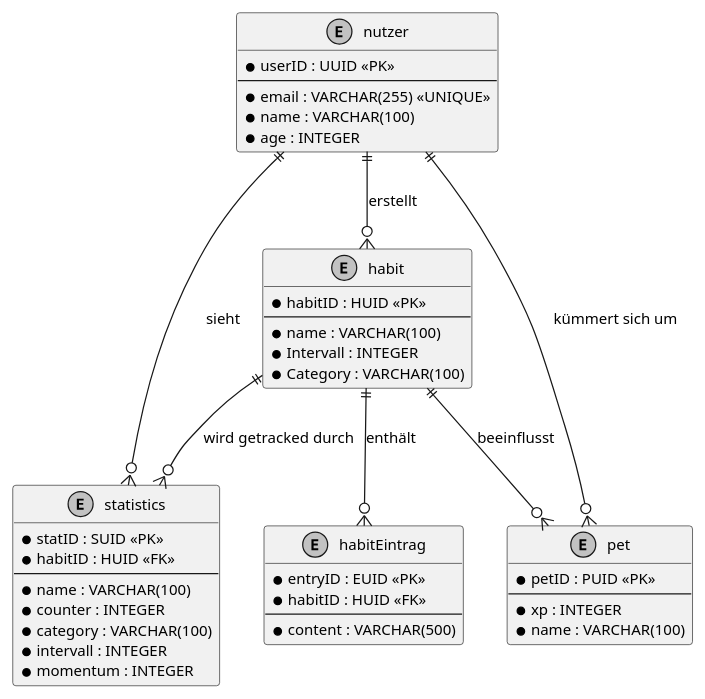
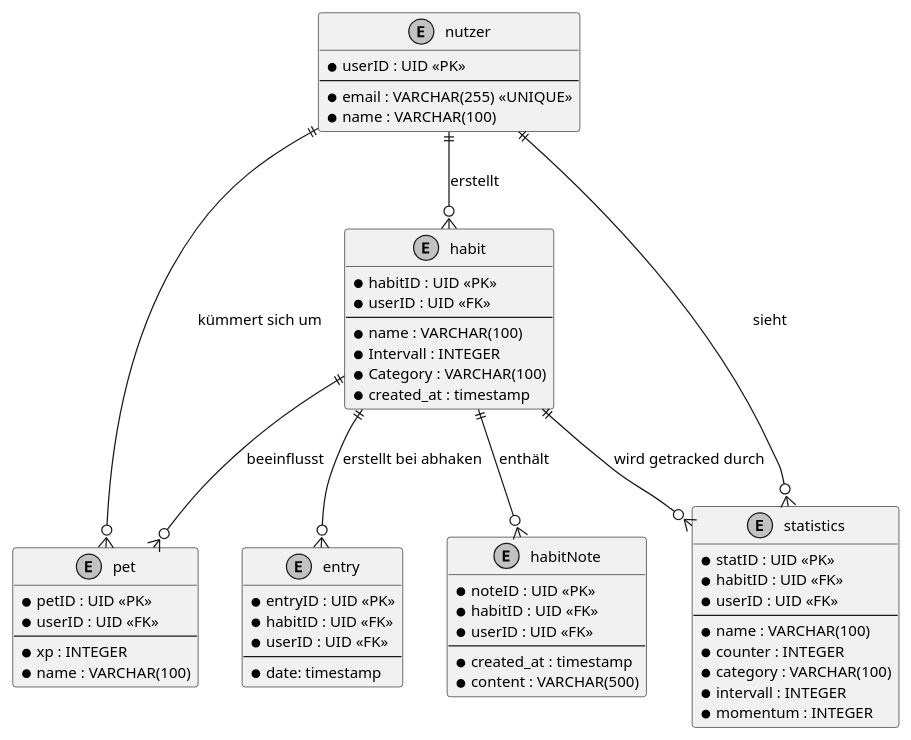
Before and after one commit to nac1dy/Habit-Tracker: the fifth of 5 diagrams in docs/technical/design.adoc, drawn with PlantUML. The commit also changed other lines of this file, not shown here.

Commit message:
refactor: update entity attributes to use UID and enhance relationships in database schema

```diff
--- a/docs/technical/design.adoc
+++ b/docs/technical/design.adoc
@@ -244,57 +244,71 @@
 [plantuml, data-model, svg]
 ....
 @startuml
 skinparam monochrome true
 skinparam defaultFontSize 12
 
 entity "nutzer" as user {
-  * userID : UUID <<PK>>
+  * userID : UID <<PK>>
   --
   * email : VARCHAR(255) <<UNIQUE>>
   * name : VARCHAR(100)
-  * age : INTEGER
 }
 
 entity "habit" as habit {
-  * habitID : HUID <<PK>>
+  * habitID : UID <<PK>>
+  * userID : UID <<FK>>
   --
   * name : VARCHAR(100)
   * Intervall : INTEGER
   * Category : VARCHAR(100)
+  * created_at : timestamp
 }
 
-entity "habitEintrag" as entry {
-  * entryID : EUID <<PK>>
-  * habitID : HUID <<FK>>
+entity "habitNote" as node {
+  * noteID : UID <<PK>>
+  * habitID : UID <<FK>>
+  * userID : UID <<FK>>
   --
+  * created_at : timestamp
   * content : VARCHAR(500)
 }
 
 entity "pet" as pet {
-  * petID : PUID <<PK>>
+  * petID : UID <<PK>>
+  * userID : UID <<FK>>
   --
   * xp : INTEGER
   * name : VARCHAR(100)
 }
 
+entity "entry" as entry {
+  * entryID : UID <<PK>>
+  * habitID : UID <<FK>>
+  * userID : UID <<FK>>
+  --
+  * date: timestamp
+}
+
 entity "statistics" as stats {
-  * statID : SUID <<PK>>
-  * habitID : HUID <<FK>>
+  * statID : UID <<PK>>
+  * habitID : UID <<FK>>
+  * userID : UID <<FK>>
   --
   * name : VARCHAR(100)
   * counter : INTEGER
   * category : VARCHAR(100)
   * intervall : INTEGER
   * momentum : INTEGER
 }
 
 
 user ||--o{ habit : "erstellt"
 habit ||--o{ stats : "wird getracked durch"
+habit ||--o{ entry : "erstellt bei abhaken"
 user ||--o{ stats : "sieht"
-habit ||--o{ entry : "enthält"
+habit ||--o{ node : "enthält"
 habit ||--o{ pet : "beeinflusst"
 user ||--o{ pet : "kümmert sich um"
 
 @enduml
 ....
```
